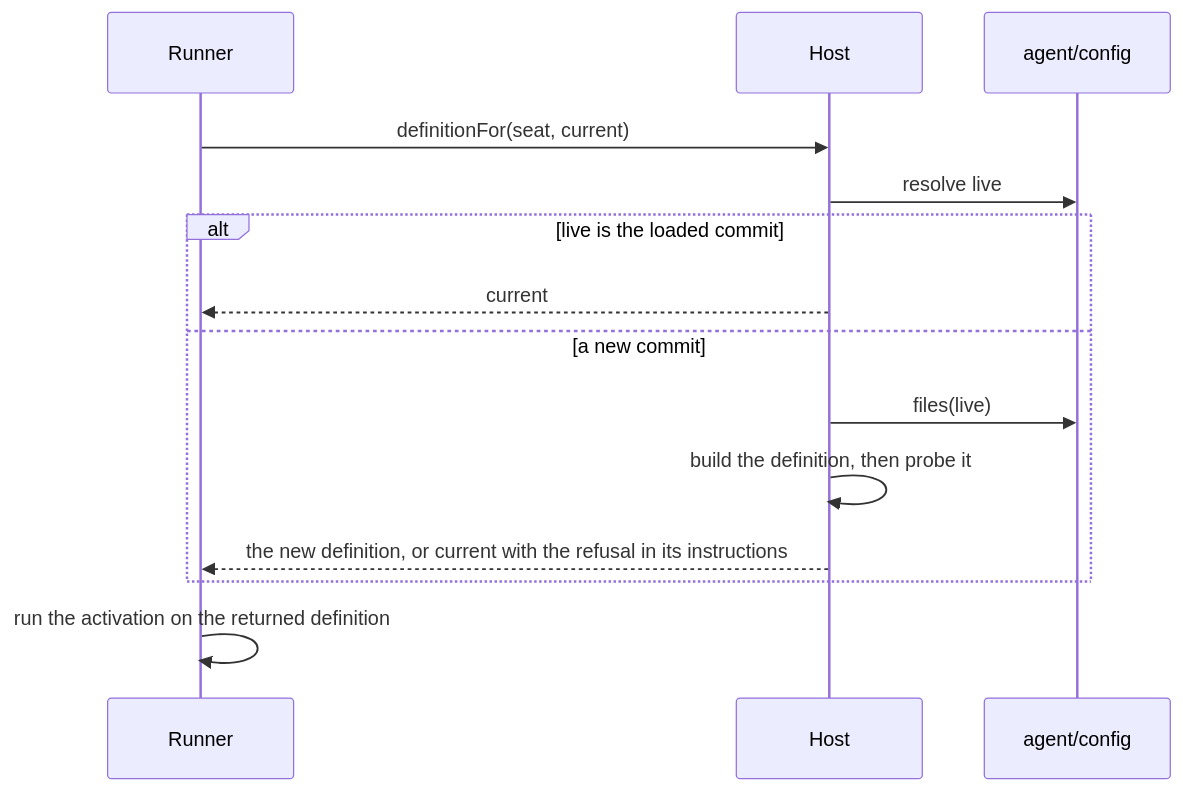
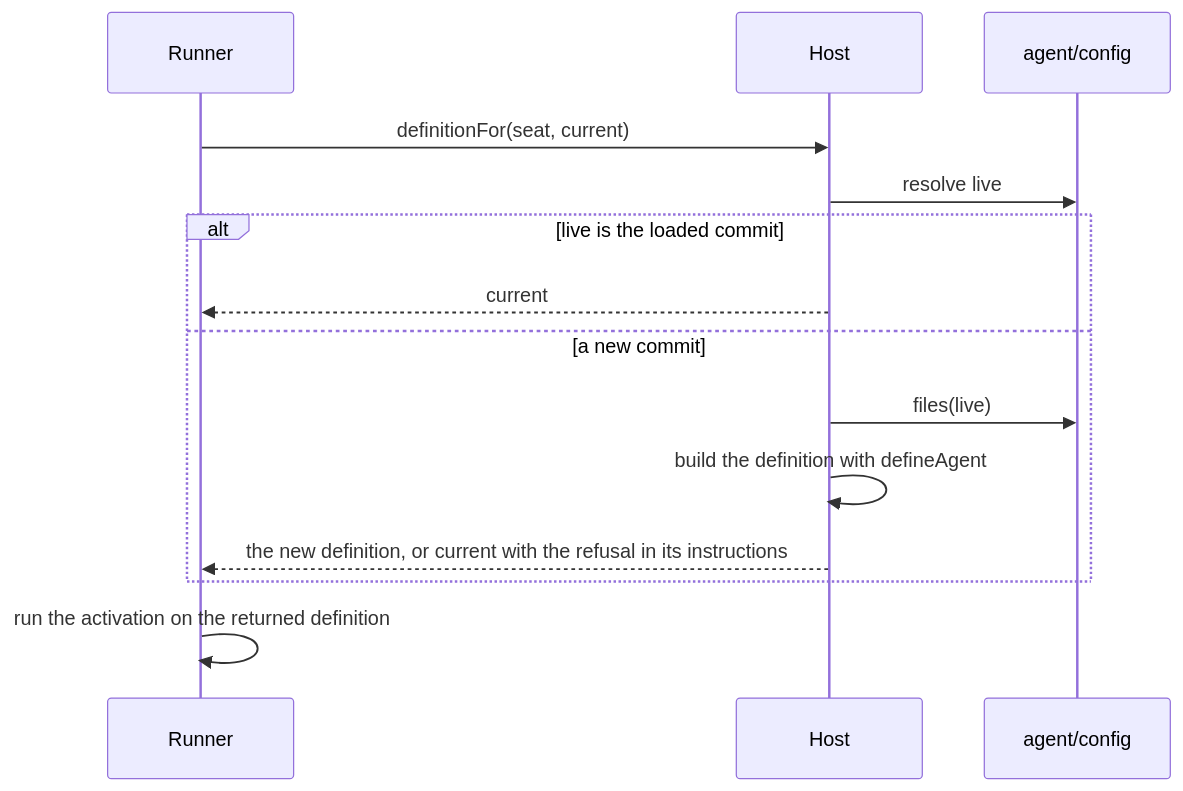
The first of 2 diagrams in docs/gitforeverything.md (ambionframework/ambion), drawn with Mermaid before and after one commit. The commit also changed other lines of this file, not shown here.

````diff
--- a/docs/gitforeverything.md
+++ b/docs/gitforeverything.md
@@ -163,16 +163,16 @@
 ```mermaid
 sequenceDiagram
   participant R as Runner
   participant H as Host
   participant C as agent/config
   R->>H: definitionFor(seat, current)
   H->>C: resolve live
   alt live is the loaded commit
     H-->>R: current
   else a new commit
     H->>C: files(live)
-    H->>H: build the definition, then probe it
+    H->>H: build the definition with defineAgent
     H-->>R: the new definition, or current with the refusal in its instructions
   end
   R->>R: run the activation on the returned definition
 ```
````
